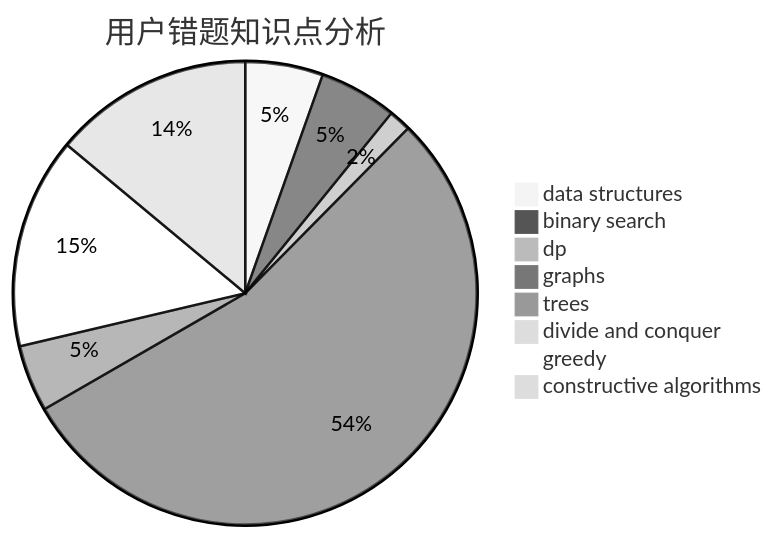
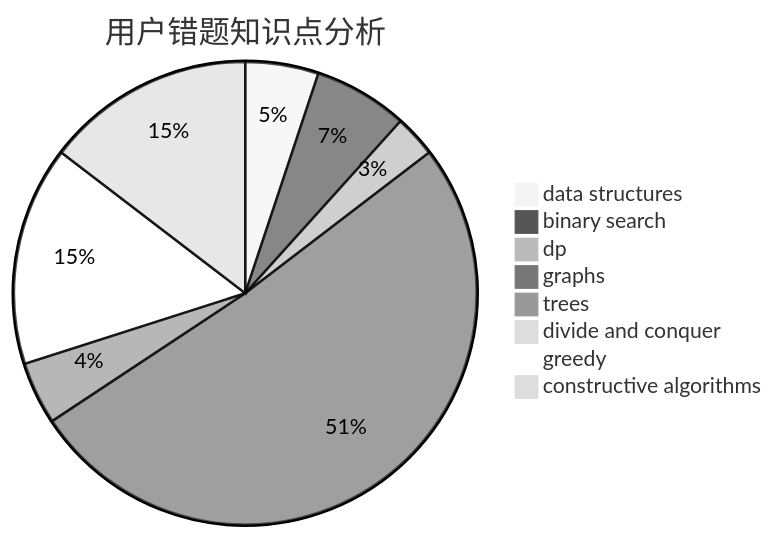
The third of 3 diagrams in docs/user/u1597.md (sherpahu/cfrs.github.io), drawn with Mermaid (neutral theme) before and after one commit. The commit also changed other lines of this file and 2770 other files, not shown here.

````diff
--- a/docs/user/u1597.md
+++ b/docs/user/u1597.md
@@ -36,11 +36,11 @@
 ```mermaid
 pie title 用户错题知识点分析
     "data structures" :  7
-    "binary search" :  7
-    "dp" :  2
+    "binary search" :  9
+    "dp" :  4
     "graphs" :  70
     "trees" :  6
     "divide and conquer" :  0
-    "greedy" :  19
-    "constructive algorithms" :  18
+    "greedy" :  21
+    "constructive algorithms" :  20
 ```
````
